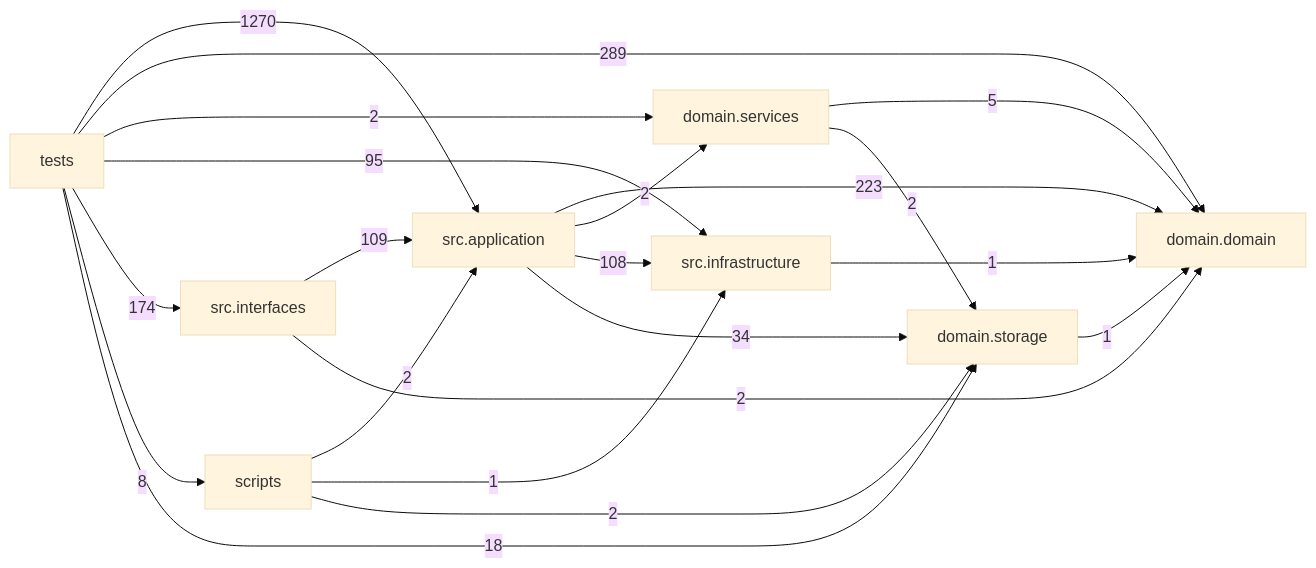
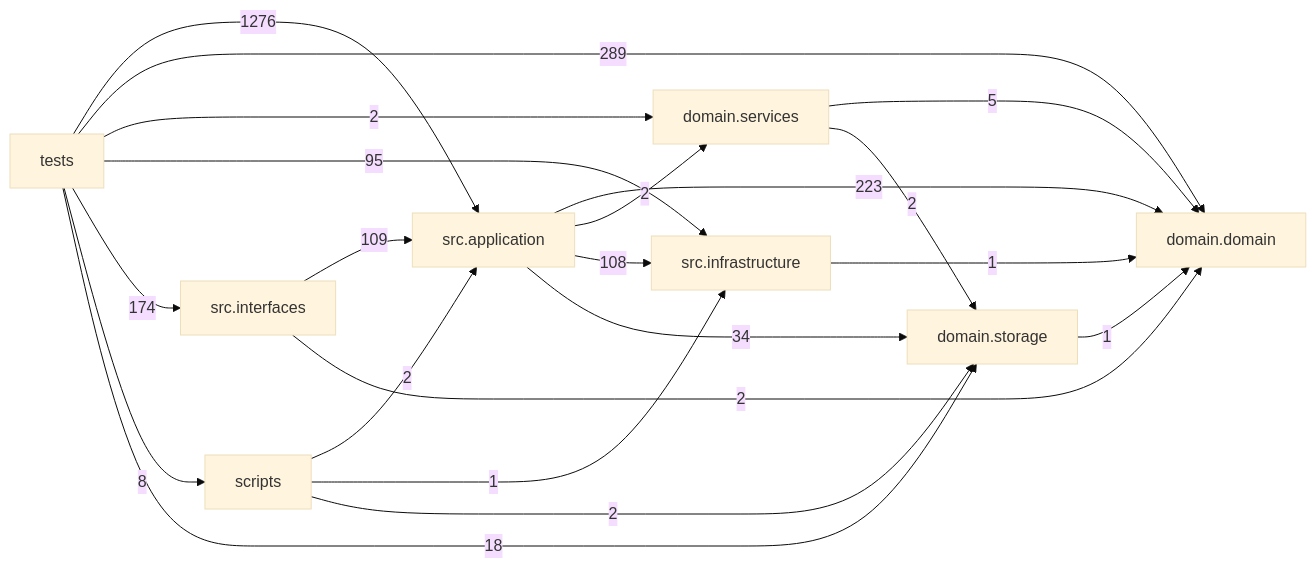
One commit to liuxie066/options-monitor changed the diagram in docs/DEPENDENCY_GRAPH.md. Above: the diagram before and after it, drawn with Mermaid (base theme). The commit also changed other lines of this file and 4 other files, not shown here.

````diff
--- a/docs/DEPENDENCY_GRAPH.md
+++ b/docs/DEPENDENCY_GRAPH.md
@@ -24,31 +24,31 @@
 ```mermaid
 flowchart LR
   tests["tests"]
   scripts["scripts"]
   interfaces["src.interfaces"]
   application["src.application"]
   infrastructure["src.infrastructure"]
   domain_services["domain.services"]
   domain["domain.domain"]
   storage["domain.storage"]
   application -->|223| domain
   application -->|2| domain_services
   application -->|108| infrastructure
   application -->|34| storage
   domain_services -->|5| domain
   domain_services -->|2| storage
   infrastructure -->|1| domain
   interfaces -->|109| application
   interfaces -->|2| domain
   scripts -->|2| application
   scripts -->|1| infrastructure
   scripts -->|2| storage
   storage -->|1| domain
-  tests -->|1270| application
+  tests -->|1276| application
   tests -->|289| domain
   tests -->|2| domain_services
   tests -->|95| infrastructure
   tests -->|174| interfaces
   tests -->|8| scripts
   tests -->|18| storage
 ```
````
